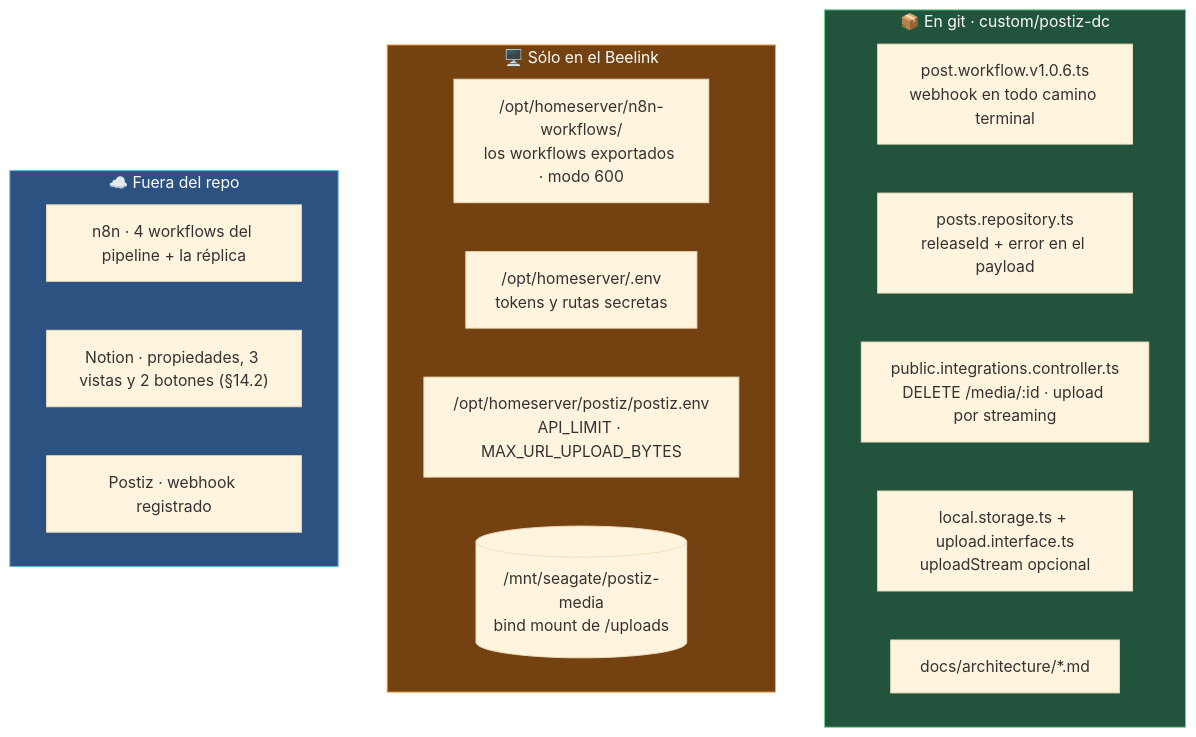
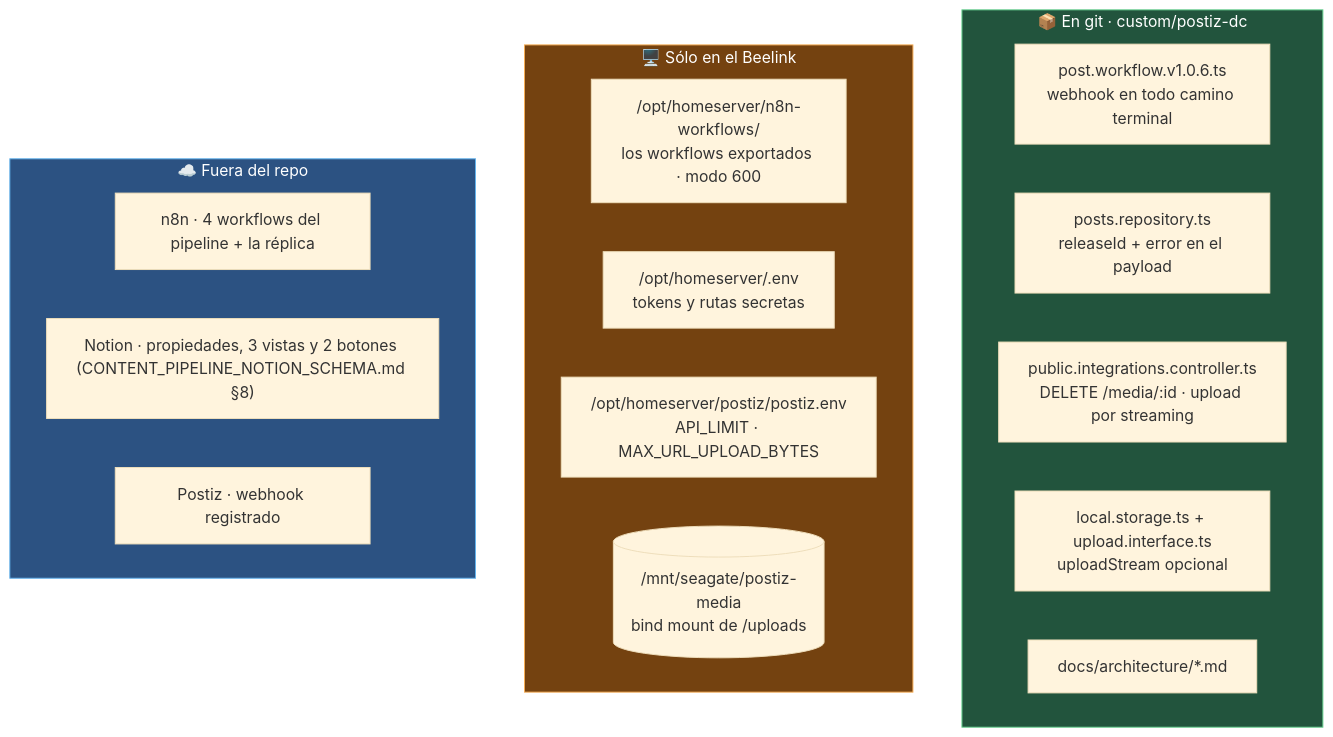
Diagram 11 of 11 in docs/architecture/CONTENT_PIPELINE_DIAGRAMS.md (dustin-calderon/postiz-app), drawn with Mermaid (base theme) before and after one commit. The commit also changed other lines of this file and 14 other files, not shown here.

````diff
--- a/docs/architecture/CONTENT_PIPELINE_DIAGRAMS.md
+++ b/docs/architecture/CONTENT_PIPELINE_DIAGRAMS.md
@@ -418,27 +418,27 @@
 ```mermaid
 flowchart TD
     subgraph GIT["📦 En git · custom/postiz-dc"]
         G1["post.workflow.v1.0.6.ts<br/>webhook en todo camino terminal"]
         G2["posts.repository.ts<br/>releaseId + error en el payload"]
         G3["public.integrations.controller.ts<br/>DELETE /media/:id · upload por streaming"]
         G4["local.storage.ts + upload.interface.ts<br/>uploadStream opcional"]
         G5["docs/architecture/*.md"]
     end
 
     subgraph SRV["🖥️ Sólo en el Beelink"]
         S1["/opt/homeserver/n8n-workflows/<br/>los workflows exportados · modo 600"]
         S2["/opt/homeserver/.env<br/>tokens y rutas secretas"]
         S3["/opt/homeserver/postiz/postiz.env<br/>API_LIMIT · MAX_URL_UPLOAD_BYTES"]
         S4[("/mnt/seagate/postiz-media<br/>bind mount de /uploads")]
     end
 
     subgraph EXT["☁️ Fuera del repo"]
         E1["n8n · 4 workflows del pipeline + la réplica"]
-        E2["Notion · propiedades, 3 vistas y 2 botones (§14.2)"]
+        E2["Notion · propiedades, 3 vistas y 2 botones (CONTENT_PIPELINE_NOTION_SCHEMA.md §8)"]
         E3["Postiz · webhook registrado"]
     end
 
     style GIT fill:#22543d,stroke:#68d391,color:#fff
     style SRV fill:#744210,stroke:#f6ad55,color:#fff
     style EXT fill:#2c5282,stroke:#63b3ed,color:#fff
 ```
````
